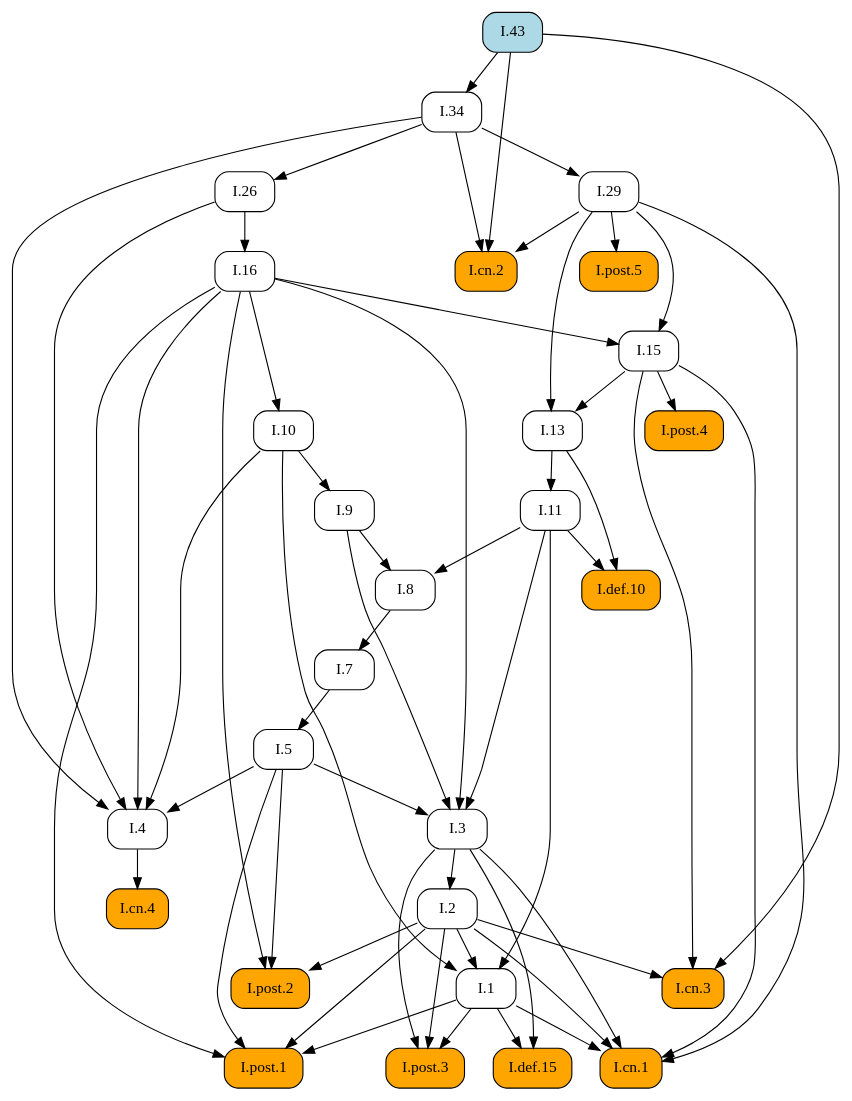
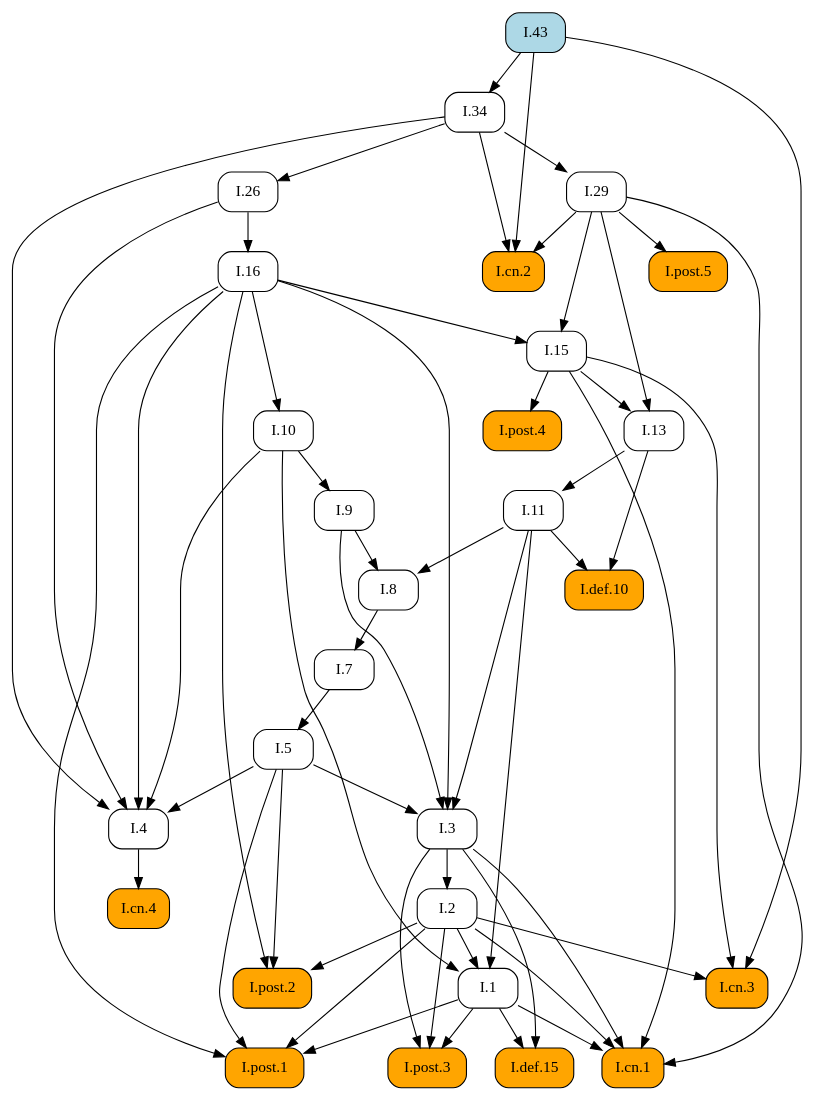
One commit to geometor/elements changed the diagram in docsrc/heath/I/43/index.rst. Above: the diagram before and after it, drawn with Graphviz. The commit also changed other lines of this file and 1029 other files, not shown here.

```diff
--- a/docsrc/heath/I/43/index.rst
+++ b/docsrc/heath/I/43/index.rst
@@ -72,88 +72,88 @@
    digraph {
      rankdir="TB";
      node [shape=box, style=rounded];
+     "I.def.10" [style="rounded,filled", fillcolor=orange, URL="/heath/I/def.10/", target="_top"];
+     "I.11" [URL="/heath/I/11/", target="_top"];
+     "I.post.4" [style="rounded,filled", fillcolor=orange, URL="/heath/I/post.4/", target="_top"];
+     "I.1" [URL="/heath/I/1/", target="_top"];
+     "I.26" [URL="/heath/I/26/", target="_top"];
+     "I.7" [URL="/heath/I/7/", target="_top"];
+     "I.34" [URL="/heath/I/34/", target="_top"];
+     "I.3" [URL="/heath/I/3/", target="_top"];
+     "I.2" [URL="/heath/I/2/", target="_top"];
+     "I.4" [URL="/heath/I/4/", target="_top"];
+     "I.29" [URL="/heath/I/29/", target="_top"];
      "I.13" [URL="/heath/I/13/", target="_top"];
+     "I.cn.2" [style="rounded,filled", fillcolor=orange, URL="/heath/I/cn.2/", target="_top"];
+     "I.post.2" [style="rounded,filled", fillcolor=orange, URL="/heath/I/post.2/", target="_top"];
+     "I.16" [URL="/heath/I/16/", target="_top"];
+     "I.def.15" [style="rounded,filled", fillcolor=orange, URL="/heath/I/def.15/", target="_top"];
+     "I.9" [URL="/heath/I/9/", target="_top"];
+     "I.post.3" [style="rounded,filled", fillcolor=orange, URL="/heath/I/post.3/", target="_top"];
+     "I.cn.1" [style="rounded,filled", fillcolor=orange, URL="/heath/I/cn.1/", target="_top"];
      "I.cn.3" [style="rounded,filled", fillcolor=orange, URL="/heath/I/cn.3/", target="_top"];
-     "I.cn.2" [style="rounded,filled", fillcolor=orange, URL="/heath/I/cn.2/", target="_top"];
+     "I.8" [URL="/heath/I/8/", target="_top"];
+     "I.cn.4" [style="rounded,filled", fillcolor=orange, URL="/heath/I/cn.4/", target="_top"];
+     "I.15" [URL="/heath/I/15/", target="_top"];
+     "I.post.5" [style="rounded,filled", fillcolor=orange, URL="/heath/I/post.5/", target="_top"];
+     "I.43" [style="rounded,filled", fillcolor=lightblue, URL="/heath/I/43/", target="_top"];
+     "I.post.1" [style="rounded,filled", fillcolor=orange, URL="/heath/I/post.1/", target="_top"];
+     "I.10" [URL="/heath/I/10/", target="_top"];
      "I.5" [URL="/heath/I/5/", target="_top"];
-     "I.11" [URL="/heath/I/11/", target="_top"];
-     "I.29" [URL="/heath/I/29/", target="_top"];
-     "I.7" [URL="/heath/I/7/", target="_top"];
-     "I.10" [URL="/heath/I/10/", target="_top"];
-     "I.4" [URL="/heath/I/4/", target="_top"];
-     "I.3" [URL="/heath/I/3/", target="_top"];
-     "I.16" [URL="/heath/I/16/", target="_top"];
-     "I.34" [URL="/heath/I/34/", target="_top"];
-     "I.8" [URL="/heath/I/8/", target="_top"];
-     "I.9" [URL="/heath/I/9/", target="_top"];
-     "I.def.10" [style="rounded,filled", fillcolor=orange, URL="/heath/I/def.10/", target="_top"];
-     "I.43" [style="rounded,filled", fillcolor=lightblue, URL="/heath/I/43/", target="_top"];
-     "I.post.4" [style="rounded,filled", fillcolor=orange, URL="/heath/I/post.4/", target="_top"];
-     "I.post.2" [style="rounded,filled", fillcolor=orange, URL="/heath/I/post.2/", target="_top"];
-     "I.2" [URL="/heath/I/2/", target="_top"];
-     "I.def.15" [style="rounded,filled", fillcolor=orange, URL="/heath/I/def.15/", target="_top"];
-     "I.1" [URL="/heath/I/1/", target="_top"];
-     "I.post.3" [style="rounded,filled", fillcolor=orange, URL="/heath/I/post.3/", target="_top"];
-     "I.post.1" [style="rounded,filled", fillcolor=orange, URL="/heath/I/post.1/", target="_top"];
-     "I.post.5" [style="rounded,filled", fillcolor=orange, URL="/heath/I/post.5/", target="_top"];
-     "I.cn.4" [style="rounded,filled", fillcolor=orange, URL="/heath/I/cn.4/", target="_top"];
-     "I.26" [URL="/heath/I/26/", target="_top"];
-     "I.15" [URL="/heath/I/15/", target="_top"];
-     "I.cn.1" [style="rounded,filled", fillcolor=orange, URL="/heath/I/cn.1/", target="_top"];
-     "I.15" -> "I.13";
-     "I.29" -> "I.13";
-     "I.2" -> "I.cn.3";
-     "I.15" -> "I.cn.3";
-     "I.43" -> "I.cn.3";
-     "I.29" -> "I.cn.2";
-     "I.34" -> "I.cn.2";
-     "I.43" -> "I.cn.2";
-     "I.7" -> "I.5";
+     "I.11" -> "I.def.10";
+     "I.13" -> "I.def.10";
      "I.13" -> "I.11";
-     "I.34" -> "I.29";
+     "I.15" -> "I.post.4";
+     "I.2" -> "I.1";
+     "I.10" -> "I.1";
+     "I.11" -> "I.1";
+     "I.34" -> "I.26";
      "I.8" -> "I.7";
-     "I.16" -> "I.10";
+     "I.43" -> "I.34";
+     "I.5" -> "I.3";
+     "I.9" -> "I.3";
+     "I.11" -> "I.3";
+     "I.16" -> "I.3";
+     "I.3" -> "I.2";
      "I.5" -> "I.4";
      "I.10" -> "I.4";
      "I.16" -> "I.4";
      "I.26" -> "I.4";
      "I.34" -> "I.4";
-     "I.5" -> "I.3";
-     "I.9" -> "I.3";
-     "I.11" -> "I.3";
-     "I.16" -> "I.3";
-     "I.26" -> "I.16";
-     "I.43" -> "I.34";
-     "I.9" -> "I.8";
-     "I.11" -> "I.8";
-     "I.10" -> "I.9";
-     "I.11" -> "I.def.10";
-     "I.13" -> "I.def.10";
-     "I.15" -> "I.post.4";
+     "I.34" -> "I.29";
+     "I.15" -> "I.13";
+     "I.29" -> "I.13";
+     "I.29" -> "I.cn.2";
+     "I.34" -> "I.cn.2";
+     "I.43" -> "I.cn.2";
      "I.2" -> "I.post.2";
      "I.5" -> "I.post.2";
      "I.16" -> "I.post.2";
-     "I.3" -> "I.2";
+     "I.26" -> "I.16";
      "I.1" -> "I.def.15";
      "I.3" -> "I.def.15";
-     "I.2" -> "I.1";
-     "I.10" -> "I.1";
-     "I.11" -> "I.1";
+     "I.10" -> "I.9";
      "I.1" -> "I.post.3";
      "I.2" -> "I.post.3";
      "I.3" -> "I.post.3";
-     "I.1" -> "I.post.1";
-     "I.2" -> "I.post.1";
-     "I.5" -> "I.post.1";
-     "I.16" -> "I.post.1";
-     "I.29" -> "I.post.5";
-     "I.4" -> "I.cn.4";
-     "I.34" -> "I.26";
-     "I.16" -> "I.15";
-     "I.29" -> "I.15";
      "I.1" -> "I.cn.1";
      "I.2" -> "I.cn.1";
      "I.3" -> "I.cn.1";
      "I.15" -> "I.cn.1";
      "I.29" -> "I.cn.1";
+     "I.2" -> "I.cn.3";
+     "I.15" -> "I.cn.3";
+     "I.43" -> "I.cn.3";
+     "I.9" -> "I.8";
+     "I.11" -> "I.8";
+     "I.4" -> "I.cn.4";
+     "I.16" -> "I.15";
+     "I.29" -> "I.15";
+     "I.29" -> "I.post.5";
+     "I.1" -> "I.post.1";
+     "I.2" -> "I.post.1";
+     "I.5" -> "I.post.1";
+     "I.16" -> "I.post.1";
+     "I.16" -> "I.10";
+     "I.7" -> "I.5";
    }
```
